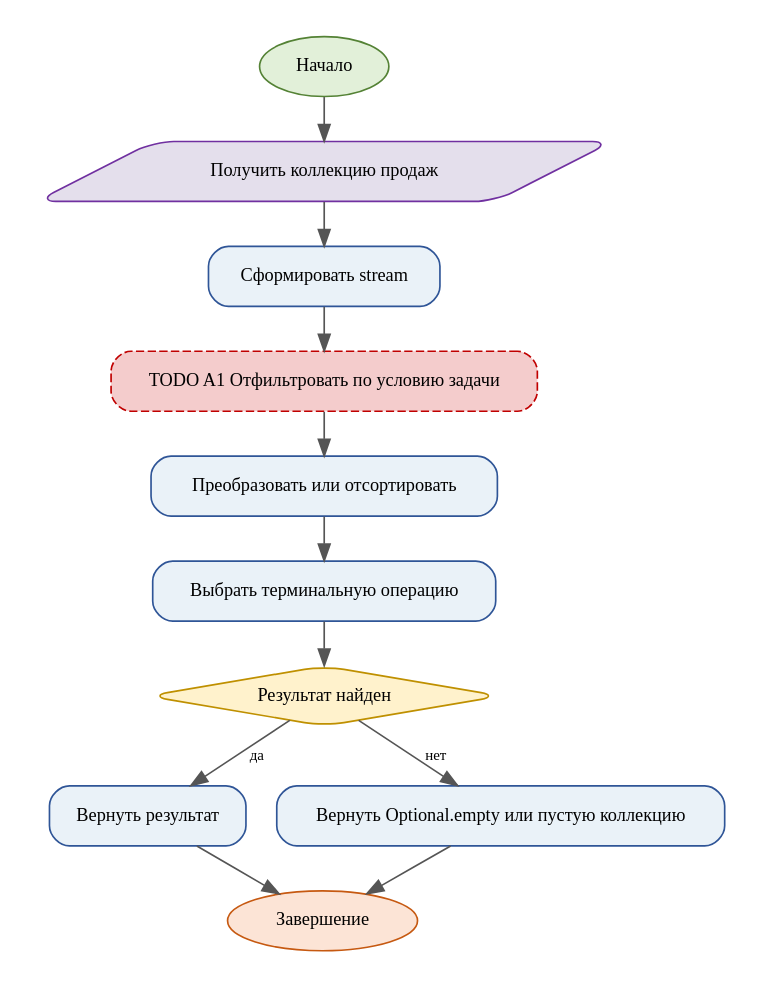
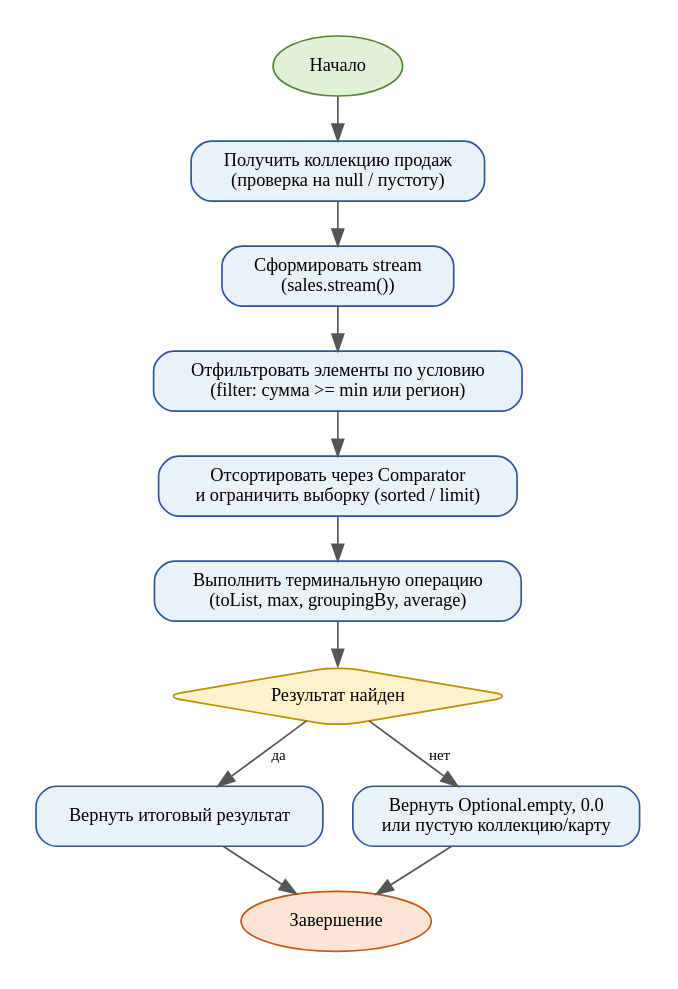
Before and after one commit to d1nexer/JavaLearning: the diagram in PR12/activity_partial.dot, drawn with Graphviz. The commit also changed 12 other files, not shown here.

```diff
--- a/PR12/activity_partial.dot
+++ b/PR12/activity_partial.dot
@@ -1,25 +1,25 @@
 digraph G {
-graph [rankdir=TB, bgcolor="white", pad=0.2, nodesep=0.25, ranksep=0.35];
-node [shape=box, style="rounded,filled", fontname="Times New Roman", fontsize=11, color="#2F5597", fillcolor="#EAF2F8", margin="0.12,0.08"];
-edge [fontname="Times New Roman", fontsize=9, color="#555555"];
-start [label="Начало", shape=oval, fillcolor="#E2F0D9", color="#548235"];
-end [label="Завершение", shape=oval, fillcolor="#FCE4D6", color="#C65911"];
-n1 [label="Получить коллекцию продаж" ,shape=parallelogram,fillcolor="#E4DFEC",color="#7030A0"];
-n2 [label="Сформировать stream" ];
-n3 [label="TODO A1 Отфильтровать по условию задачи" ,fillcolor="#F4CCCC",color="#C00000",style="rounded,dashed,filled"];
-n4 [label="Преобразовать или отсортировать" ];
-n5 [label="Выбрать терминальную операцию" ];
-n6 [label="Результат найден" ,shape=diamond,fillcolor="#FFF2CC",color="#BF9000"];
-n7 [label="Вернуть результат" ];
-n8 [label="Вернуть Optional.empty или пустую коллекцию" ];
-start -> n1;
-n1 -> n2;
-n2 -> n3;
-n3 -> n4;
-n4 -> n5;
-n5 -> n6;
-n6 -> n7 [label="да"];
-n6 -> n8 [label="нет"];
-n7 -> end;
-n8 -> end;
+  graph [rankdir=TB, bgcolor="white", pad=0.2, nodesep=0.25, ranksep=0.35];
+  node [shape=box, style="rounded,filled", fontname="Times New Roman", fontsize=11, color="#2F5597", fillcolor="#EAF2F8", margin="0.12,0.08"];
+  edge [fontname="Times New Roman", fontsize=9, color="#555555"];
+  start [label="Начало", shape=oval, fillcolor="#E2F0D9", color="#548235"];
+  end [label="Завершение", shape=oval, fillcolor="#FCE4D6", color="#C65911"];
+  n1 [label="Получить коллекцию продаж\n(проверка на null / пустоту)"];
+  n2 [label="Сформировать stream\n(sales.stream())"];
+  n3 [label="Отфильтровать элементы по условию\n(filter: сумма >= min или регион)"];
+  n4 [label="Отсортировать через Comparator\nи ограничить выборку (sorted / limit)"];
+  n5 [label="Выполнить терминальную операцию\n(toList, max, groupingBy, average)"];
+  n6 [label="Результат найден", shape=diamond, fillcolor="#FFF2CC", color="#BF9000"];
+  n7 [label="Вернуть итоговый результат"];
+  n8 [label="Вернуть Optional.empty, 0.0\nили пустую коллекцию/карту"];
+  start -> n1;
+  n1 -> n2;
+  n2 -> n3;
+  n3 -> n4;
+  n4 -> n5;
+  n5 -> n6;
+  n6 -> n7 [label="да"];
+  n6 -> n8 [label="нет"];
+  n7 -> end;
+  n8 -> end;
 }
```
